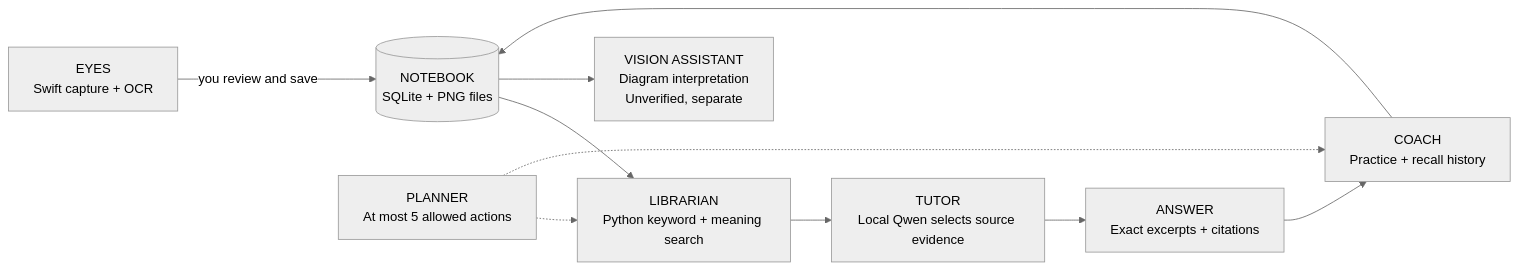
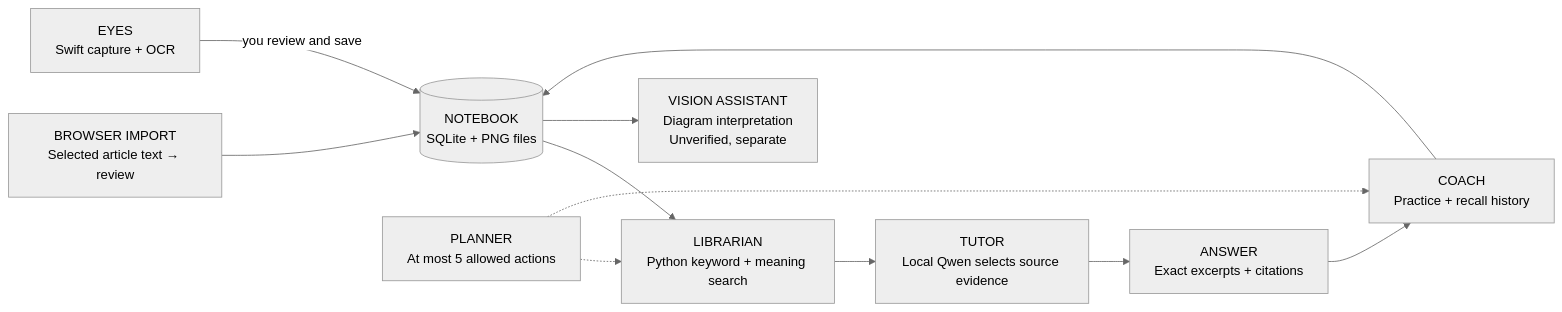
The diagram in docs/how-it-works.md (JayeshJaquar/second-brain), drawn with Mermaid (neutral theme) before and after one commit. The commit also changed other lines of this file and 6 other files, not shown here.

````diff
--- a/docs/how-it-works.md
+++ b/docs/how-it-works.md
@@ -5,12 +5,13 @@
 ```mermaid
 flowchart LR
+ B["BROWSER IMPORT<br/>Selected article text → review"] --> N
  E["EYES<br/>Swift capture + OCR"] -->|you review and save| N[("NOTEBOOK<br/>SQLite + PNG files")]
  N --> L["LIBRARIAN<br/>Python keyword + meaning search"]
  L --> T["TUTOR<br/>Local Qwen selects source evidence"]
  T --> A["ANSWER<br/>Exact excerpts + citations"]
  A --> C["COACH<br/>Practice + recall history"]
  C --> N
  P["PLANNER<br/>At most 5 allowed actions"] -.-> L
  P -.-> C
  N --> V["VISION ASSISTANT<br/>Diagram interpretation<br/>Unverified, separate"]
 ```
````
